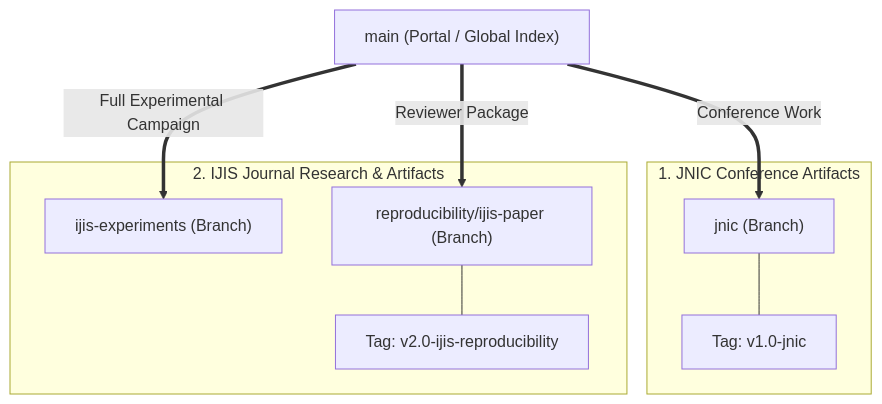
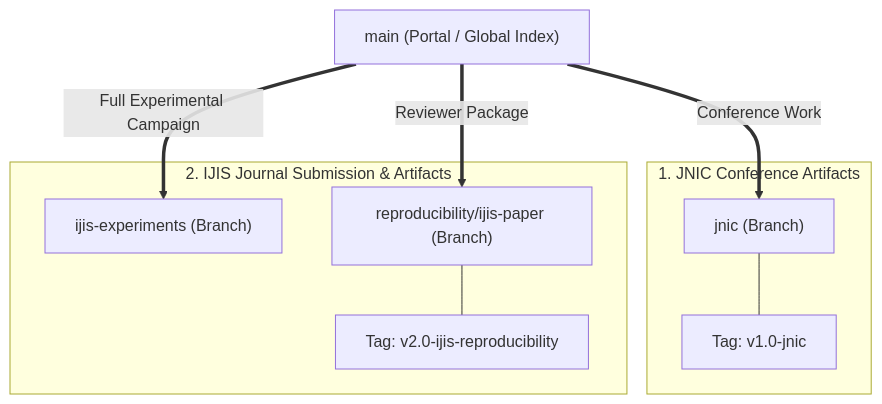
One commit to mariomc14/devsecops-adversary-llm changed the diagram in README.md. Above: the diagram before and after it, drawn with Mermaid. The commit also changed other lines of this file, not shown here.

Commit message:
docs: clarify IJIS manuscript status as under review / submitted

````diff
--- a/README.md
+++ b/README.md
@@ -22,21 +22,21 @@
 ```mermaid
 flowchart TD
     MAIN["main (Portal / Global Index)"]
     
     subgraph JNIC ["1. JNIC Conference Artifacts"]
         BRANCH_JNIC["jnic (Branch)"]
         TAG_JNIC["Tag: v1.0-jnic"]
         BRANCH_JNIC --- TAG_JNIC
     end
     
-    subgraph IJIS ["2. IJIS Journal Research & Artifacts"]
+    subgraph IJIS ["2. IJIS Journal Submission & Artifacts"]
         BRANCH_EXP["ijis-experiments (Branch)"]
         BRANCH_REPRO["reproducibility/ijis-paper (Branch)"]
         TAG_REPRO["Tag: v2.0-ijis-reproducibility"]
         BRANCH_REPRO --- TAG_REPRO
     end
 
     MAIN ==>|Conference Work| BRANCH_JNIC
     MAIN ==>|Full Experimental Campaign| BRANCH_EXP
     MAIN ==>|Reviewer Package| BRANCH_REPRO
 ```
````
